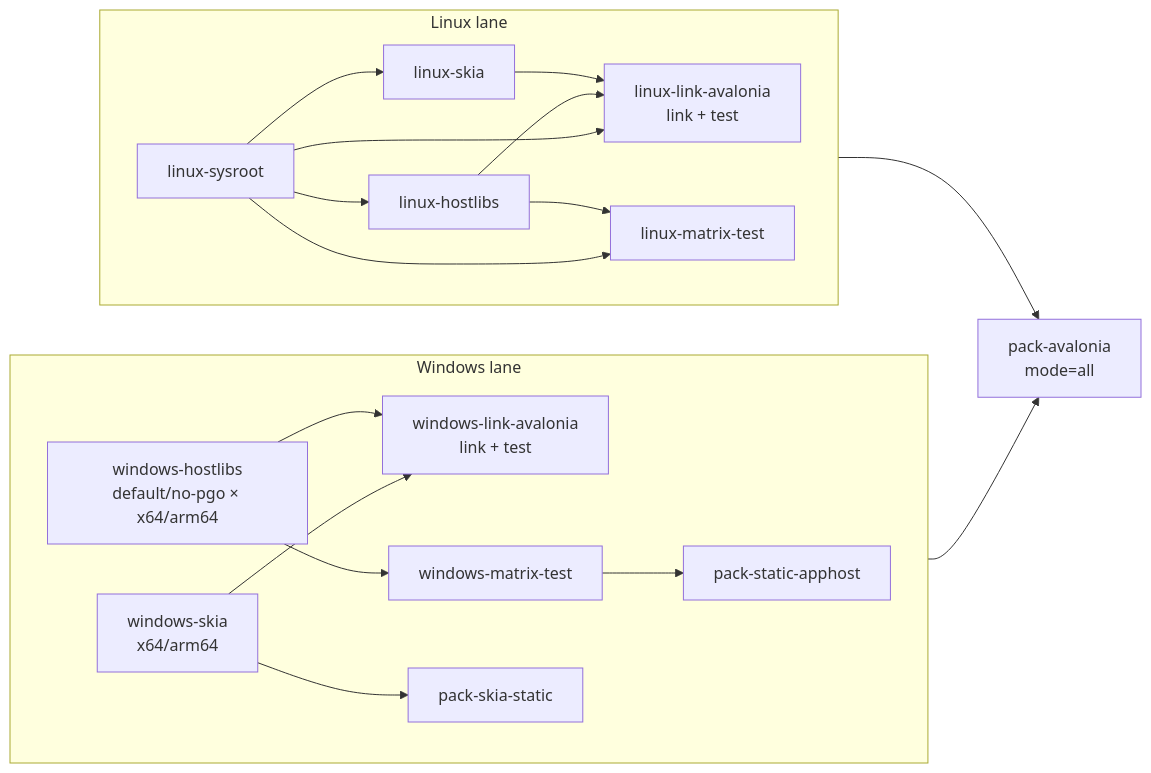
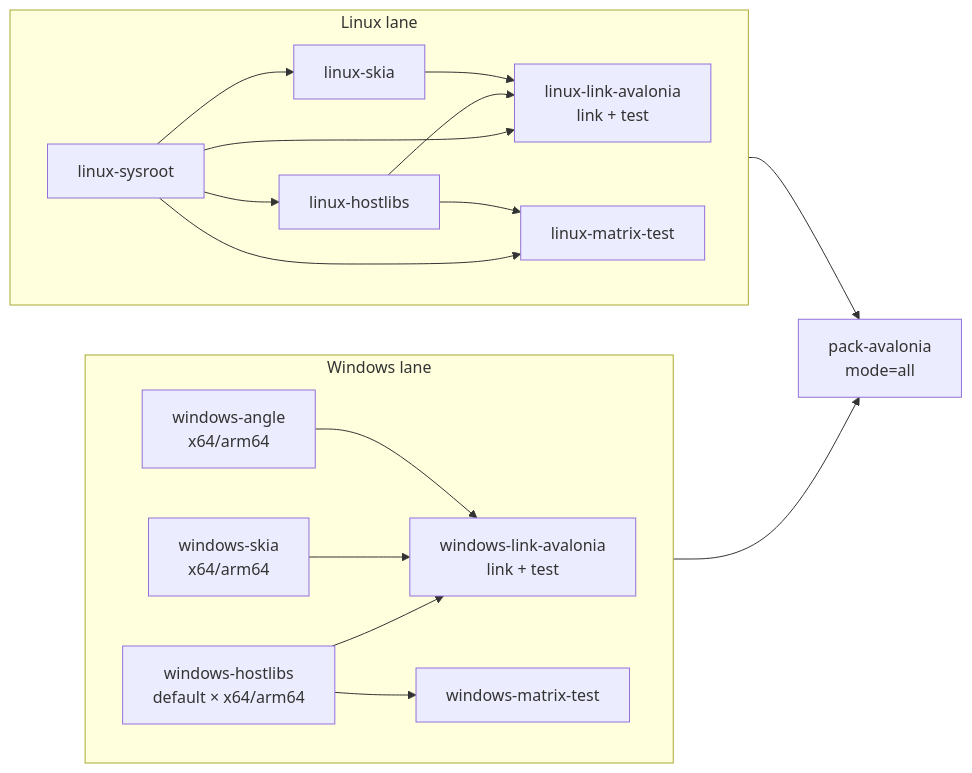
The diagram in DEVELOPMENT.md (chsbuffer/HostForge), drawn with Mermaid before and after one commit. The commit also changed other lines of this file and 25 other files, not shown here.

First line of the commit message:
Add ANGLE static libraries to Avalonia apphost

````diff
--- a/DEVELOPMENT.md
+++ b/DEVELOPMENT.md
@@ -228,40 +250,38 @@
 ```mermaid
 flowchart LR
     subgraph W["Windows lane"]
         direction LR
-        WH["windows-hostlibs<br/>default/no-pgo × x64/arm64"]
+        WH["windows-hostlibs<br/>default × x64/arm64"]
         WS["windows-skia<br/>x64/arm64"]
+        WA["windows-angle<br/>x64/arm64"]
         WLA["windows-link-avalonia<br/>link + test"]
         WM["windows-matrix-test"]
-        WPS["pack-static-apphost"]
-        WPKS["pack-skia-static"]
 
         WH --> WLA
         WS --> WLA
+        WA --> WLA
         WH --> WM
-        WM --> WPS
-        WS --> WPKS
     end
 
     subgraph L["Linux lane"]
         direction LR
         LSY["linux-sysroot"]
         LH["linux-hostlibs"]
         LS["linux-skia"]
         LLA["linux-link-avalonia<br/>link + test"]
         LM["linux-matrix-test"]
 
         LSY --> LH
         LSY --> LS
         LSY --> LLA
         LSY --> LM
         LH --> LLA
         LS --> LLA
         LH --> LM
     end
 
     PA["pack-avalonia<br/>mode=all"]
 
     WLA --> PA
     LLA --> PA
 ```
````
